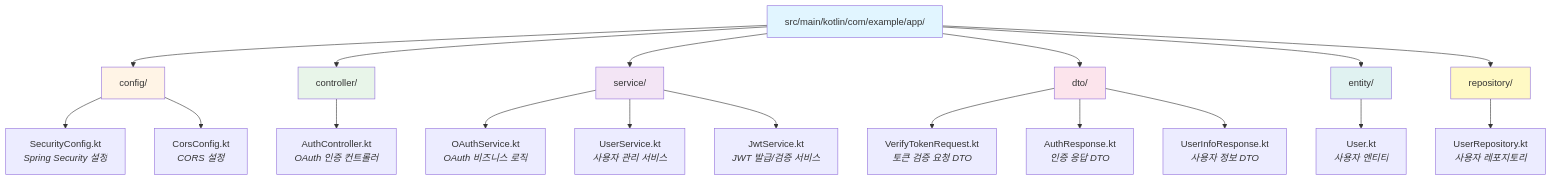
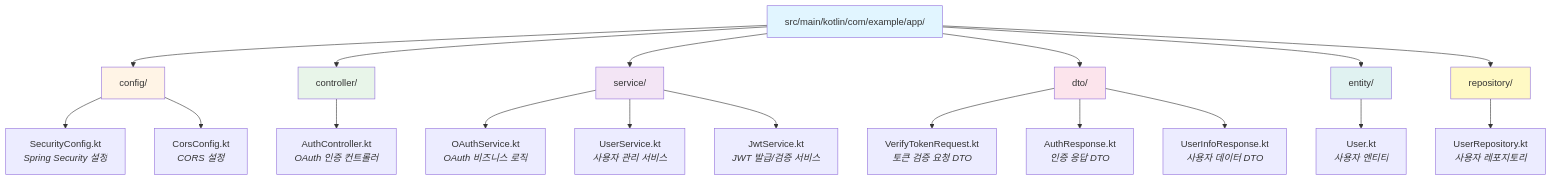
The fourth of 4 diagrams in apps/docs/src/app/oauth/examples/react-spring-boot-kotlin/page.mdx (themoment-team/datagsm-front), drawn with Mermaid before and after one commit. The commit also changed other lines of this file and 31 other files, not shown here.

````diff
--- a/apps/docs/src/app/oauth/examples/react-spring-boot-kotlin/page.mdx
+++ b/apps/docs/src/app/oauth/examples/react-spring-boot-kotlin/page.mdx
@@ -540,34 +540,34 @@
 ```mermaid
 graph TD
     A[src/main/kotlin/com/example/app/] --> B[config/]
     A --> C[controller/]
     A --> D[service/]
     A --> E[dto/]
     A --> F[entity/]
     A --> G[repository/]
 
     B --> B1[SecurityConfig.kt<br/><i>Spring Security 설정</i>]
     B --> B2[CorsConfig.kt<br/><i>CORS 설정</i>]
 
     C --> C1[AuthController.kt<br/><i>OAuth 인증 컨트롤러</i>]
 
     D --> D1[OAuthService.kt<br/><i>OAuth 비즈니스 로직</i>]
     D --> D2[UserService.kt<br/><i>사용자 관리 서비스</i>]
     D --> D3[JwtService.kt<br/><i>JWT 발급/검증 서비스</i>]
 
     E --> E1[VerifyTokenRequest.kt<br/><i>토큰 검증 요청 DTO</i>]
     E --> E2[AuthResponse.kt<br/><i>인증 응답 DTO</i>]
-    E --> E3[UserInfoResponse.kt<br/><i>사용자 정보 DTO</i>]
+    E --> E3[UserInfoResponse.kt<br/><i>사용자 데이터 DTO</i>]
 
     F --> F1[User.kt<br/><i>사용자 엔티티</i>]
 
     G --> G1[UserRepository.kt<br/><i>사용자 레포지토리</i>]
 
     style A fill:#e1f5ff
     style B fill:#fff4e6
     style C fill:#e8f5e9
     style D fill:#f3e5f5
     style E fill:#fce4ec
     style F fill:#e0f2f1
     style G fill:#fff9c4
 ```
````
